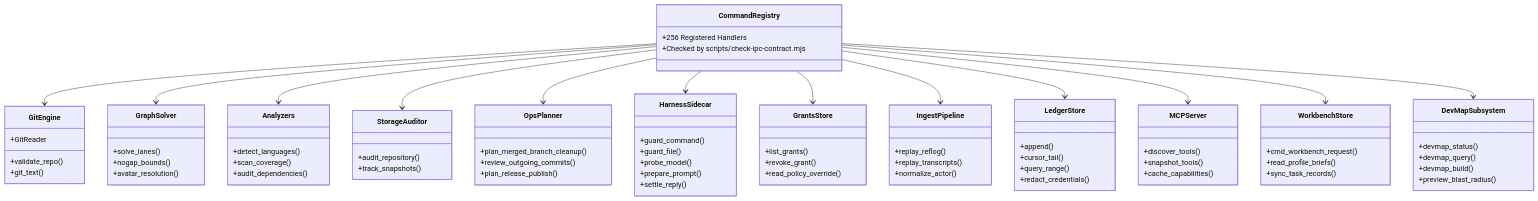
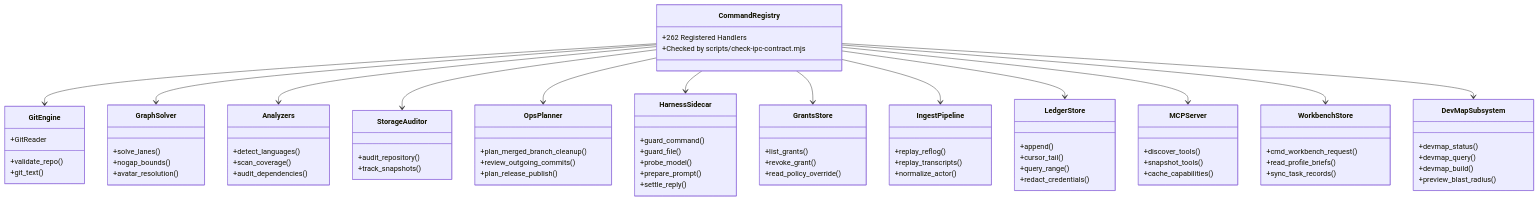
One commit to bharathvbcr/GitPulse changed the third of 5 diagrams in docs/ARCHITECTURE.md. Above: the diagram before and after it, drawn with Mermaid. The commit also changed other lines of this file and 35 other files, not shown here.

````diff
--- a/docs/ARCHITECTURE.md
+++ b/docs/ARCHITECTURE.md
@@ -199,7 +199,7 @@
 ```mermaid
 classDiagram
     class CommandRegistry {
-        +256 Registered Handlers
+        +262 Registered Handlers
         +Checked by scripts/check-ipc-contract.mjs
     }
     class GitEngine {
````
